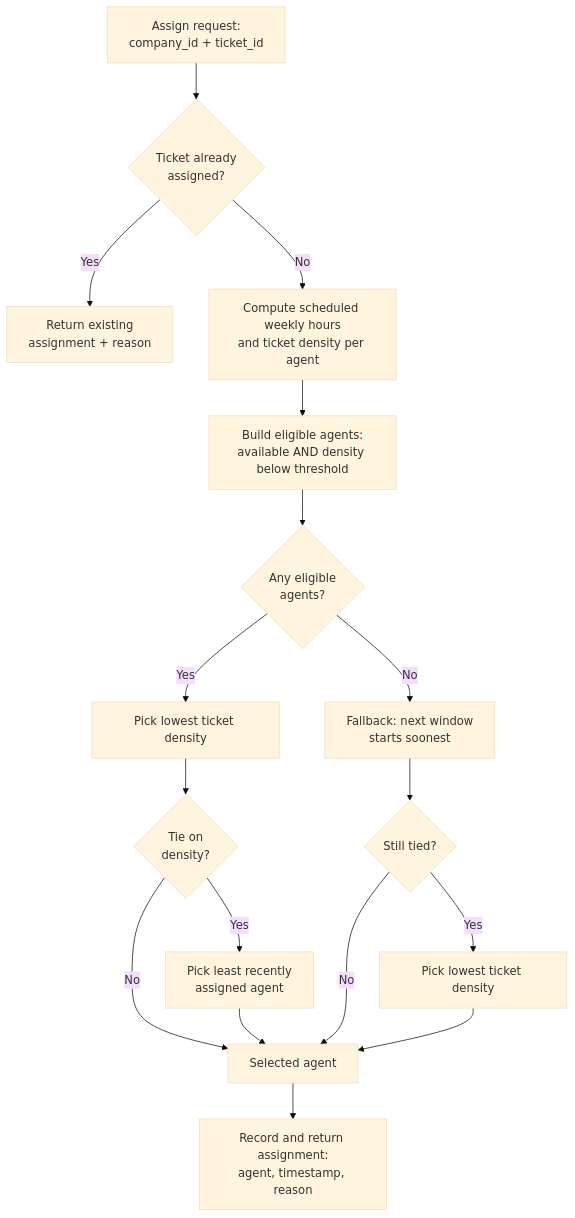
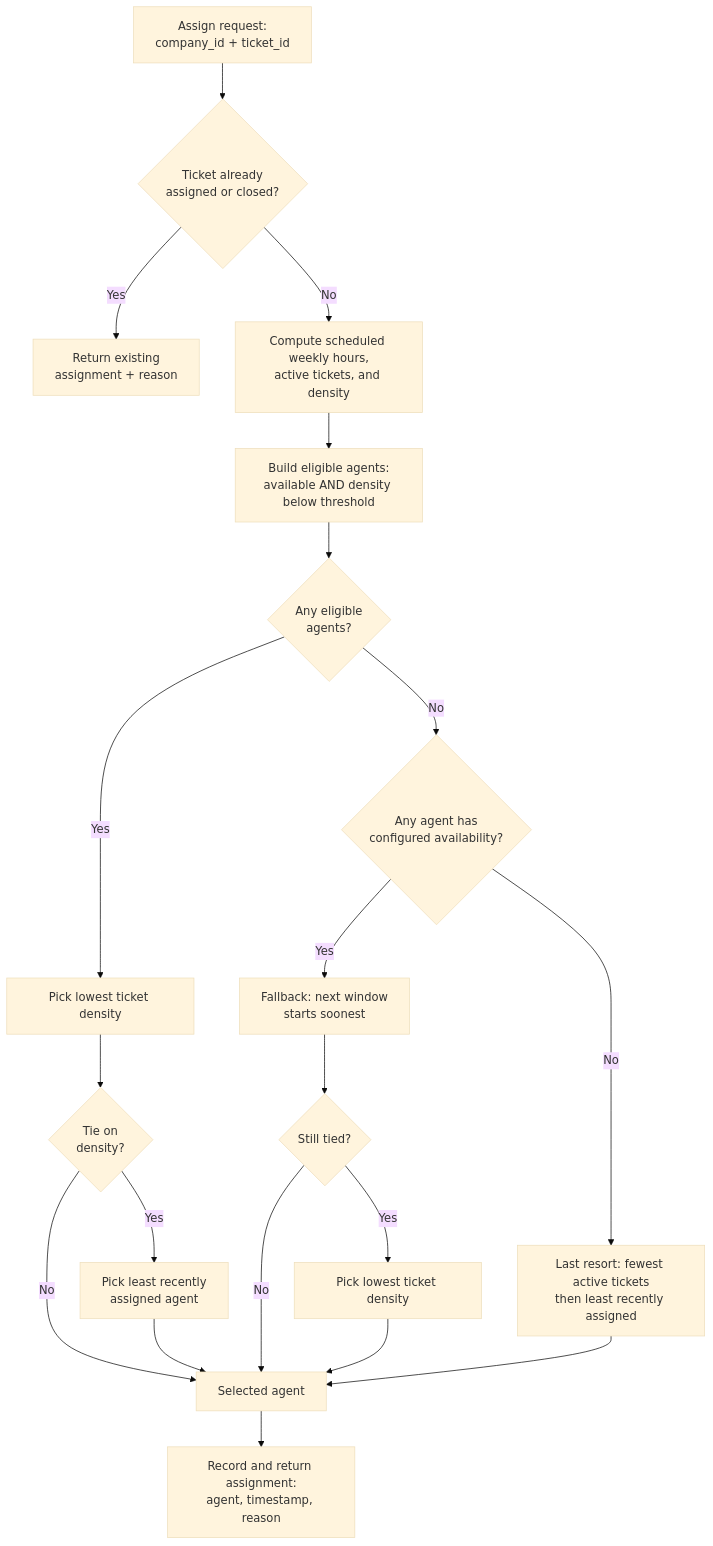
Before and after one commit to anshmehta7x/clearfeed-work-trial: the diagram in docs/prd.md, drawn with Mermaid (base theme). The commit also changed other lines of this file, not shown here.

Commit message:
fix(prd): Address review feedback on capacity, coverage, and fallback

````diff
--- a/docs/prd.md
+++ b/docs/prd.md
@@ -98,19 +102,22 @@
 ```mermaid
 flowchart TD
-    A[Assign request:<br/>company_id + ticket_id] --> B{Ticket already<br/>assigned?}
+    A[Assign request:<br/>company_id + ticket_id] --> B{Ticket already<br/>assigned or closed?}
     B -- Yes --> Z[Return existing<br/>assignment + reason]
-    B -- No --> C[Compute scheduled weekly hours<br/>and ticket density per agent]
+    B -- No --> C[Compute scheduled weekly hours,<br/>active tickets, and density]
     C --> D[Build eligible agents:<br/>available AND density below threshold]
     D --> E{Any eligible<br/>agents?}
     E -- Yes --> F[Pick lowest ticket density]
     F --> G{Tie on<br/>density?}
     G -- Yes --> H[Pick least recently<br/>assigned agent]
     G -- No --> I[Selected agent]
     H --> I
-    E -- No --> J[Fallback: next window<br/>starts soonest]
+    E -- No --> N{Any agent has<br/>configured availability?}
+    N -- Yes --> J[Fallback: next window<br/>starts soonest]
     J --> K{Still tied?}
     K -- Yes --> L[Pick lowest ticket density]
     K -- No --> I
     L --> I
+    N -- No --> O[Last resort: fewest active tickets<br/>then least recently assigned]
+    O --> I
     I --> M[Record and return assignment:<br/>agent, timestamp, reason]
 ```
````
